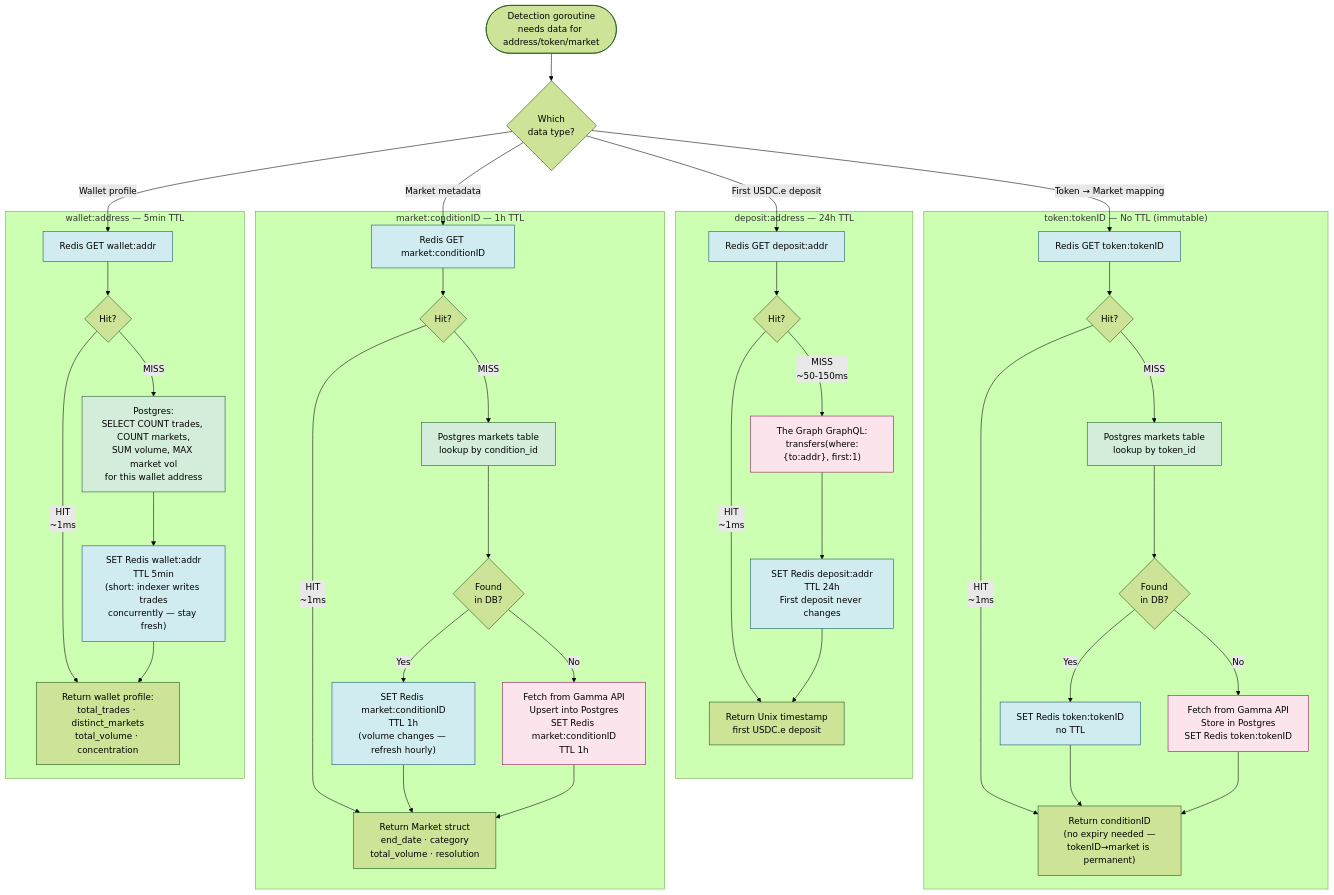
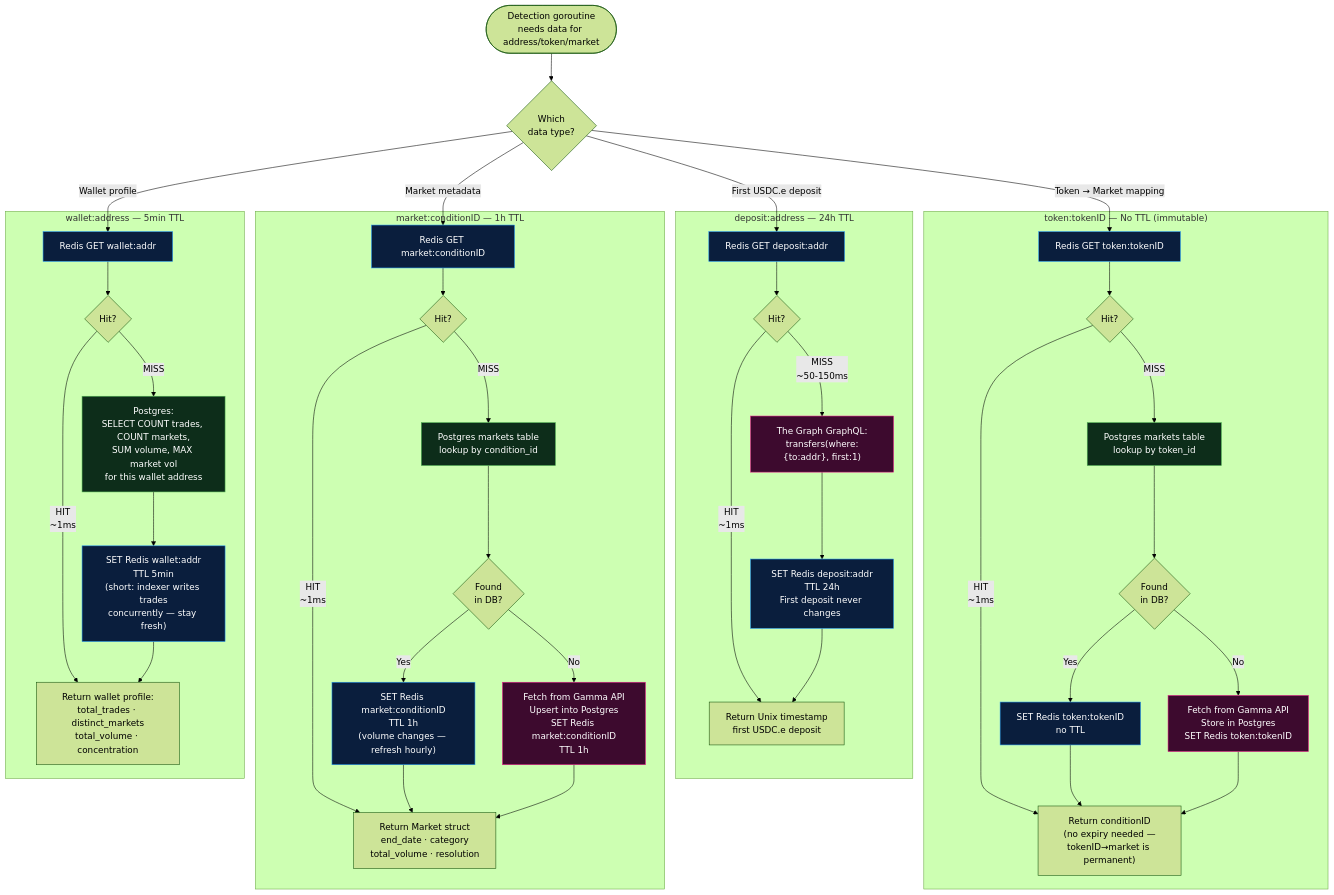
Before and after one commit to rahul7668gupta/polymarket-insider-trading-indexing-and-detection: the fifth of 8 diagrams in polymarket_insider_trading_detection_diagram.md, drawn with Mermaid (forest theme). The commit also changed other lines of this file, not shown here.

Commit message:
diagram color scheme update

````diff
--- a/polymarket_insider_trading_detection_diagram.md
+++ b/polymarket_insider_trading_detection_diagram.md
@@ -303,59 +303,59 @@
 ```mermaid
 flowchart TD
     REQ(["Detection goroutine<br/>needs data for address/token/market"]) --> WHICH{"Which<br/>data type?"}
 
     WHICH -->|"First USDC.e deposit"| DEP
     WHICH -->|"Token → Market mapping"| TOK
     WHICH -->|"Market metadata"| MKT
     WHICH -->|"Wallet profile"| WAL
 
     subgraph DEP_FLOW["deposit:address  — 24h TTL"]
         DEP["Redis GET deposit:addr"]
         DEP --> DEPHIT{"Hit?"}
         DEPHIT -->|"HIT<br/>~1ms"| DEPUSE["Return Unix timestamp<br/>first USDC.e deposit"]
         DEPHIT -->|"MISS<br/>~50-150ms"| DEPGRAPH["The Graph GraphQL:<br/>transfers(where:{to:addr}, first:1)"]
         DEPGRAPH --> DEPSET["SET Redis deposit:addr<br/>TTL 24h<br/>First deposit never changes"]
         DEPSET --> DEPUSE
     end
 
     subgraph TOK_FLOW["token:tokenID  — No TTL (immutable)"]
         TOK["Redis GET token:tokenID"]
         TOK --> TOKHIT{"Hit?"}
         TOKHIT -->|"HIT<br/>~1ms"| TOKUSE["Return conditionID<br/>(no expiry needed —<br/>tokenID→market is permanent)"]
         TOKHIT -->|"MISS"| TOKPG["Postgres markets table<br/>lookup by token_id"]
         TOKPG --> TOKGAMMA{"Found<br/>in DB?"}
         TOKGAMMA -->|"Yes"| TOKSET["SET Redis token:tokenID<br/>no TTL"]
         TOKGAMMA -->|"No"| TOKAPI["Fetch from Gamma API<br/>Store in Postgres<br/>SET Redis token:tokenID"]
         TOKSET --> TOKUSE
         TOKAPI --> TOKUSE
     end
 
     subgraph MKT_FLOW["market:conditionID  — 1h TTL"]
         MKT["Redis GET market:conditionID"]
         MKT --> MKTHIT{"Hit?"}
         MKTHIT -->|"HIT<br/>~1ms"| MKTUSE["Return Market struct<br/>end_date · category<br/>total_volume · resolution"]
         MKTHIT -->|"MISS"| MKTPG["Postgres markets table<br/>lookup by condition_id"]
         MKTPG --> MKTFOUND{"Found<br/>in DB?"}
         MKTFOUND -->|"Yes"| MKTSET["SET Redis market:conditionID<br/>TTL 1h<br/>(volume changes — refresh hourly)"]
         MKTFOUND -->|"No"| MKTAPI["Fetch from Gamma API<br/>Upsert into Postgres<br/>SET Redis market:conditionID<br/>TTL 1h"]
         MKTSET --> MKTUSE
         MKTAPI --> MKTUSE
     end
 
     subgraph WAL_FLOW["wallet:address  — 5min TTL"]
         WAL["Redis GET wallet:addr"]
         WAL --> WALHIT{"Hit?"}
         WALHIT -->|"HIT<br/>~1ms"| WALUSE["Return wallet profile:<br/>total_trades · distinct_markets<br/>total_volume · concentration"]
         WALHIT -->|"MISS"| WALPG["Postgres:<br/>SELECT COUNT trades, COUNT markets,<br/>SUM volume, MAX market vol<br/>for this wallet address"]
         WALPG --> WALSET["SET Redis wallet:addr<br/>TTL 5min<br/>(short: indexer writes trades<br/>concurrently — stay fresh)"]
         WALSET --> WALUSE
     end
 
-    classDef cache fill:#d1ecf1,stroke:#0c5460
-    classDef ext fill:#fce4ec,stroke:#880e4f
-    classDef db fill:#d4edda,stroke:#155724
+    classDef cache fill:#0a1e3d,stroke:#2196f3,color:#fff
+    classDef ext fill:#3d0a2e,stroke:#e91e8c,color:#fff
+    classDef db fill:#0d2d1a,stroke:#4caf50,color:#fff
 
     class DEP,TOK,MKT,WAL,DEPSET,TOKSET,MKTSET,WALSET cache
     class DEPGRAPH,TOKAPI,MKTAPI ext
     class TOKPG,MKTPG,WALPG db
 ```
````
